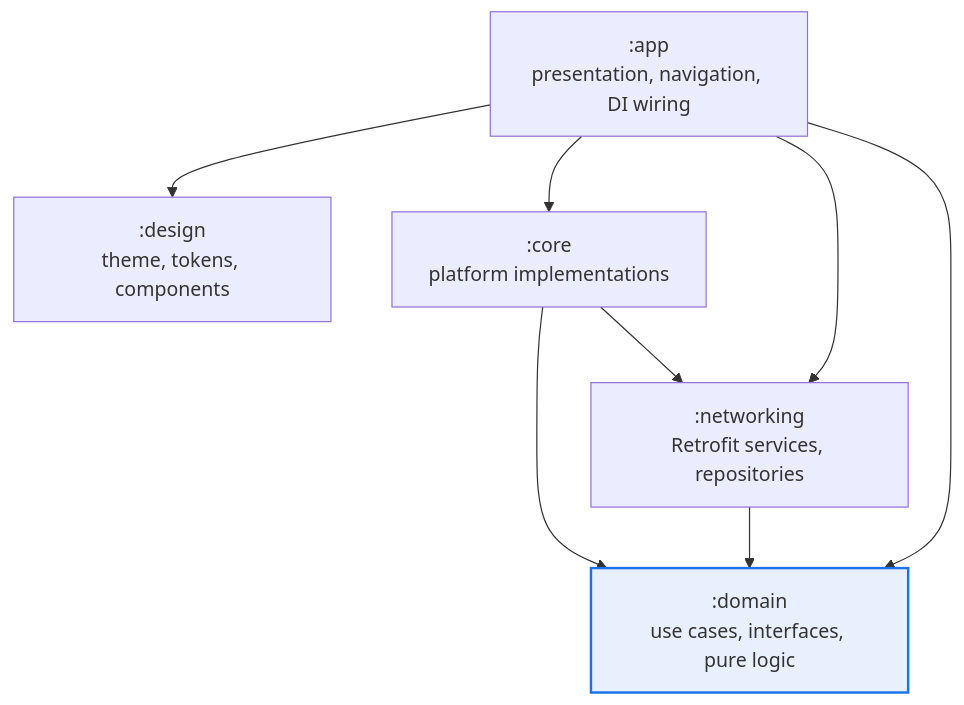
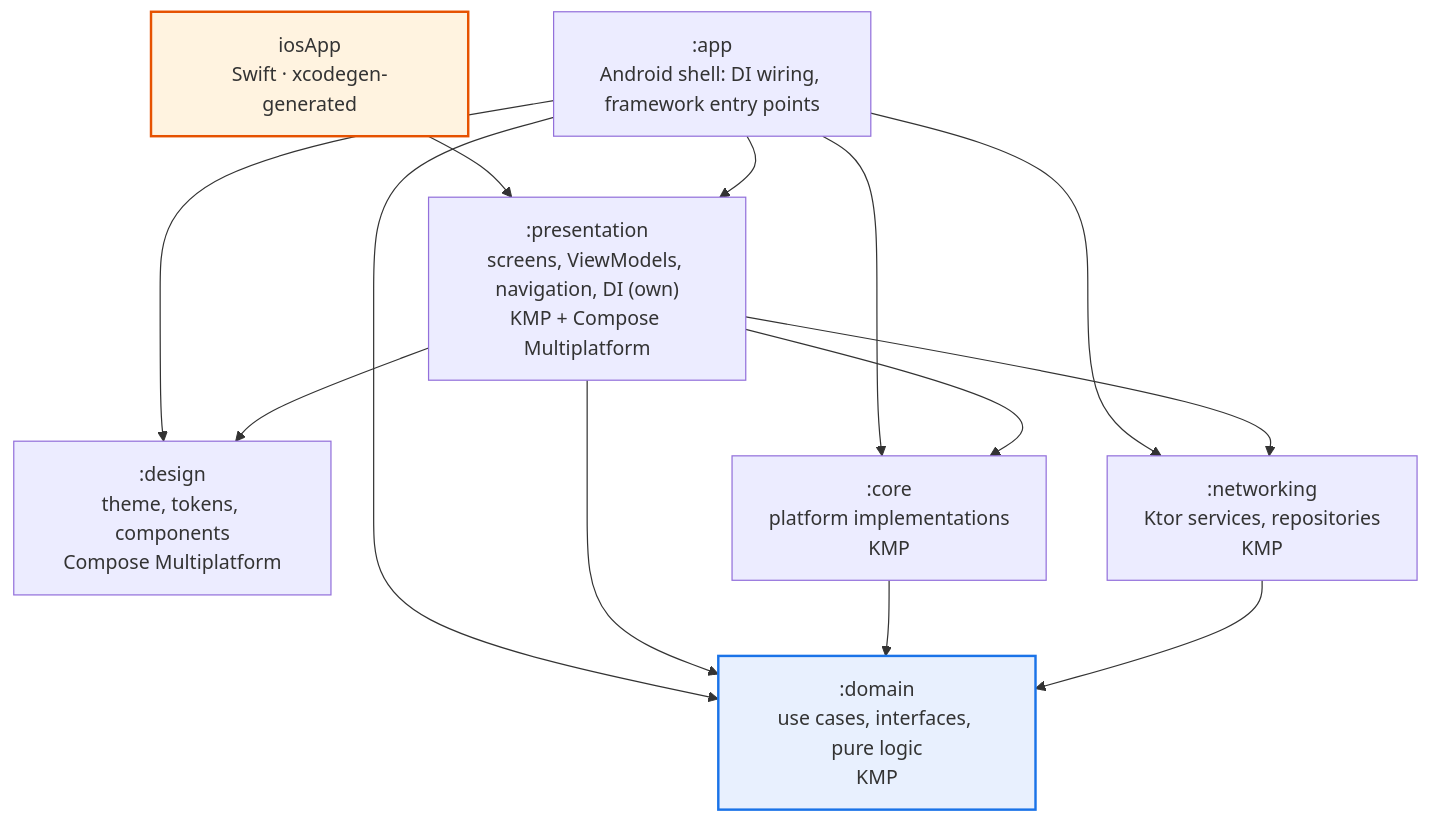
Before and after one commit to jj-jakub/TemplateProject: the diagram in docs/diagrams/module-graph.mmd, drawn with Mermaid. The commit also changed 13 other files, not shown here.

```diff
--- a/docs/diagrams/module-graph.mmd
+++ b/docs/diagrams/module-graph.mmd
@@ -1,20 +1,31 @@
 %% The module graph, and the direction dependencies are allowed to point.
 %% Enforced by the Konsist architecture tests in app/src/test/java/konsist/KonsistTests.kt:
 %% domain depends on nothing, data depends on domain, presentation depends on domain and data.
+%% All modules except :app are genuine Kotlin Multiplatform modules (Android + iOS); iosApp is a
+%% Swift/Xcode project outside Gradle entirely, generated by xcodegen from iosApp/project.yml.
 graph TD
-    app[":app<br/>presentation, navigation, DI wiring"]
-    design[":design<br/>theme, tokens, components"]
-    core[":core<br/>platform implementations"]
-    networking[":networking<br/>Retrofit services, repositories"]
-    domain[":domain<br/>use cases, interfaces, pure logic"]
+    iosApp["iosApp<br/>Swift · xcodegen-generated"]
+    app[":app<br/>Android shell: DI wiring, framework entry points"]
+    presentation[":presentation<br/>screens, ViewModels, navigation, DI (own)<br/>KMP + Compose Multiplatform"]
+    design[":design<br/>theme, tokens, components<br/>Compose Multiplatform"]
+    core[":core<br/>platform implementations<br/>KMP"]
+    networking[":networking<br/>Ktor services, repositories<br/>KMP"]
+    domain[":domain<br/>use cases, interfaces, pure logic<br/>KMP"]
 
+    iosApp --> presentation
+    app --> presentation
     app --> design
     app --> core
     app --> networking
     app --> domain
+    presentation --> design
+    presentation --> core
+    presentation --> networking
+    presentation --> domain
     core --> domain
-    core --> networking
     networking --> domain
 
     classDef pure fill:#e8f0fe,stroke:#1a73e8,stroke-width:2px
     class domain pure
+    classDef swift fill:#fff3e0,stroke:#e65100,stroke-width:2px
+    class iosApp swift
```
